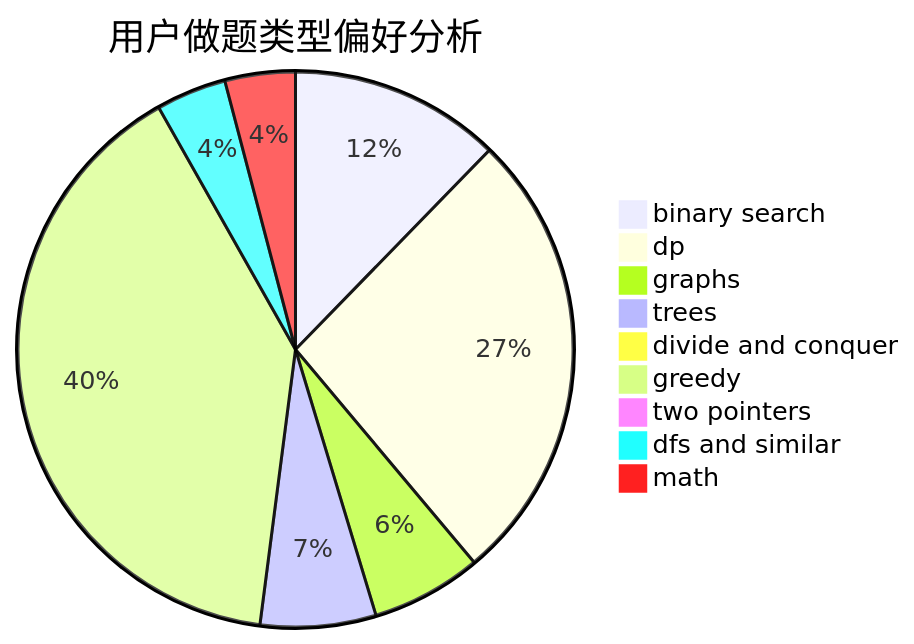
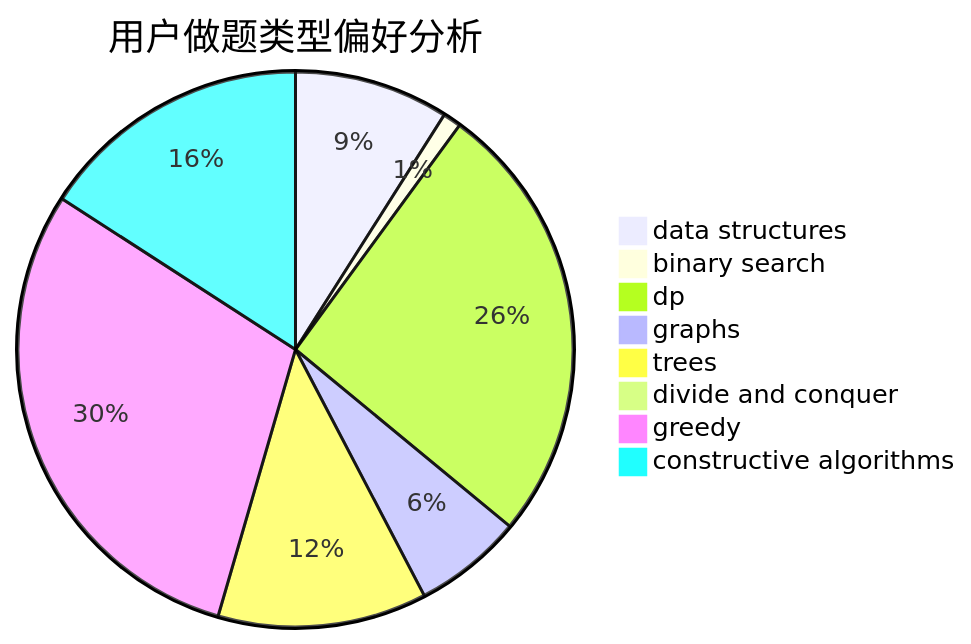
Before and after one commit to sherpahu/cfrs.github.io: the second of 3 diagrams in docs/user/u1885.md, drawn with Mermaid. The commit also changed other lines of this file and 2775 other files, not shown here.

````diff
--- a/docs/user/u1885.md
+++ b/docs/user/u1885.md
@@ -23,12 +23,11 @@
 ```mermaid
 pie title 用户做题类型偏好分析
-    "binary search" :  42
-    "dp" :  91
-    "graphs" :  22
+    "data structures" :  17
+    "binary search" :  2
+    "dp" :  49
+    "graphs" :  12
     "trees" :  23
     "divide and conquer" :  0
-    "greedy" :  136
-    "two pointers" :  0
-    "dfs and similar" :  14
-    "math" :  14
+    "greedy" :  56
+    "constructive algorithms" :  30
 ```
````
